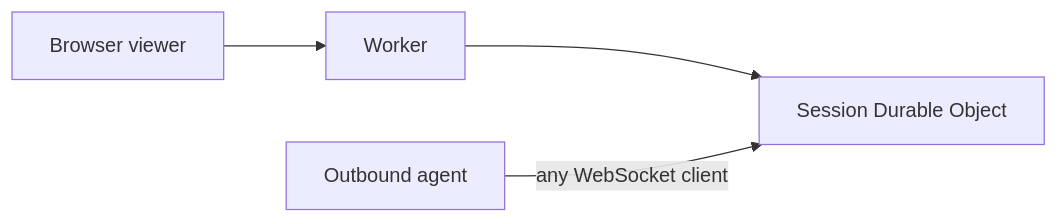
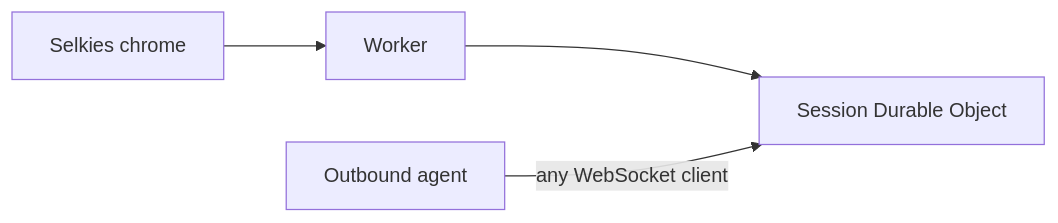
Before and after one commit to Joleeconsultants/Jolee-Remote: the first of 2 diagrams in README.md, drawn with Mermaid. The commit also changed other lines of this file and 13 other files, not shown here.

````diff
--- a/README.md
+++ b/README.md
@@ -18,6 +18,6 @@
 ```mermaid
 flowchart LR
-  Browser[Browser viewer] --> Worker[Worker]
+  Browser[Selkies chrome] --> Worker[Worker]
   Worker --> DO[Session Durable Object]
   Agent[Outbound agent] -->|any WebSocket client| DO
 ```
````
